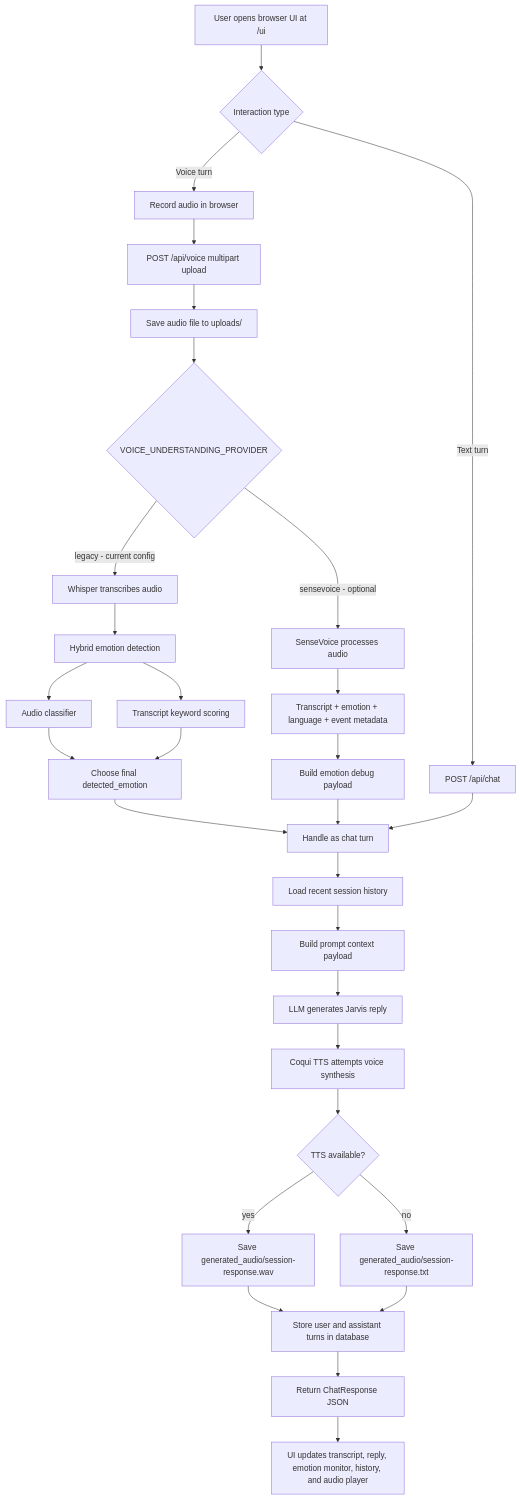
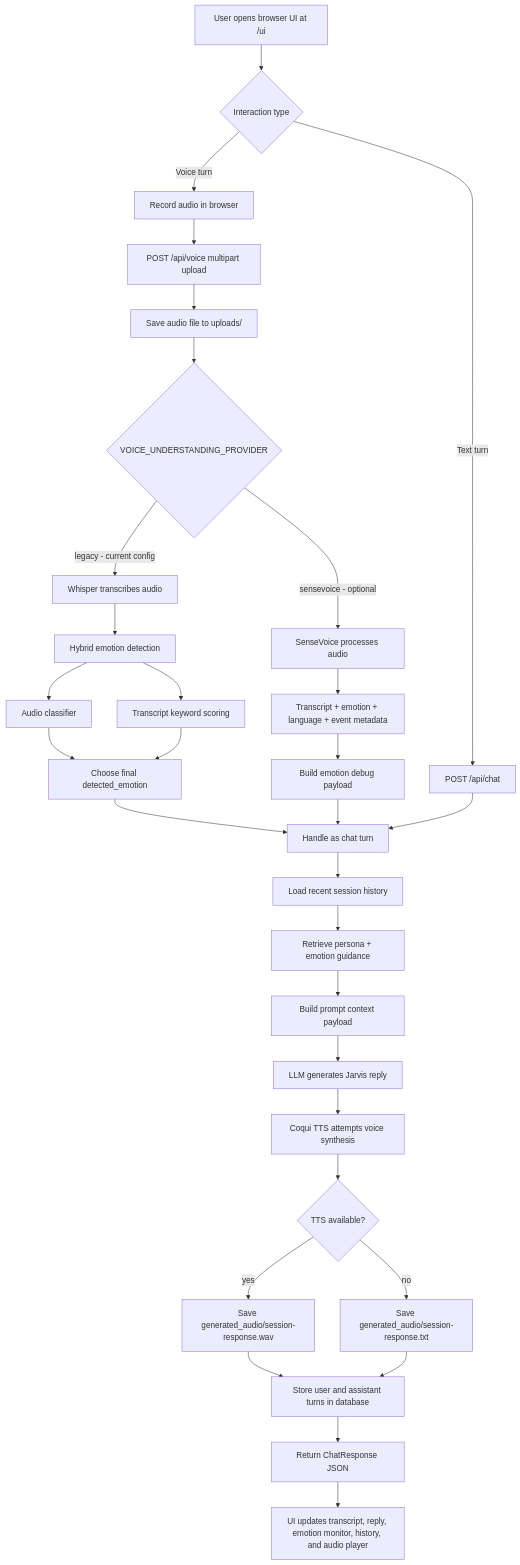
One commit to NavSanya/jarvis-assistant changed the first of 3 diagrams in project-idea/README.qmd. Above: the diagram before and after it, drawn with Mermaid. The commit also changed other lines of this file and 16 other files, not shown here.

````diff
--- a/project-idea/README.qmd
+++ b/project-idea/README.qmd
@@ -102,36 +105,37 @@
 ```{mermaid}
 flowchart TD
     A[User opens browser UI at /ui] --> B{Interaction type}
 
     B -->|Text turn| C[POST /api/chat]
     B -->|Voice turn| D[Record audio in browser]
     D --> E[POST /api/voice multipart upload]
     E --> F[Save audio file to uploads/]
     F --> G{VOICE_UNDERSTANDING_PROVIDER}
 
     G -->|legacy - current config| H[Whisper transcribes audio]
     H --> I[Hybrid emotion detection]
     I --> I1[Audio classifier]
     I --> I2[Transcript keyword scoring]
     I1 --> J[Choose final detected_emotion]
     I2 --> J
 
     G -->|sensevoice - optional| K[SenseVoice processes audio]
     K --> L[Transcript + emotion + language + event metadata]
     L --> M[Build emotion debug payload]
     J --> N[Handle as chat turn]
     M --> N
     C --> N
 
     N --> O[Load recent session history]
-    O --> P[Build prompt context payload]
-    P --> Q[LLM generates Jarvis reply]
+    O --> P[Retrieve persona + emotion guidance]
+    P --> P1[Build prompt context payload]
+    P1 --> Q[LLM generates Jarvis reply]
     Q --> R[Coqui TTS attempts voice synthesis]
     R --> S{TTS available?}
     S -->|yes| T[Save generated_audio/session-response.wav]
     S -->|no| U[Save generated_audio/session-response.txt]
     T --> V[Store user and assistant turns in database]
     U --> V
     V --> W[Return ChatResponse JSON]
     W --> X[UI updates transcript, reply, emotion monitor, history, and audio player]
 ```
````
